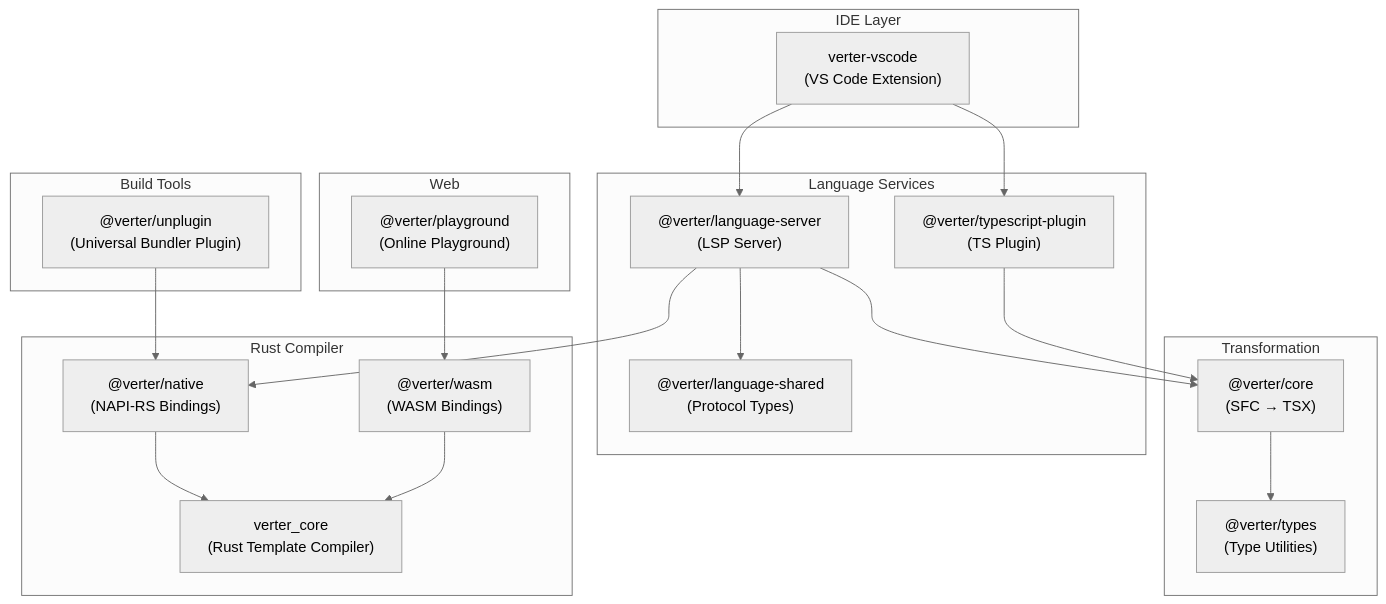
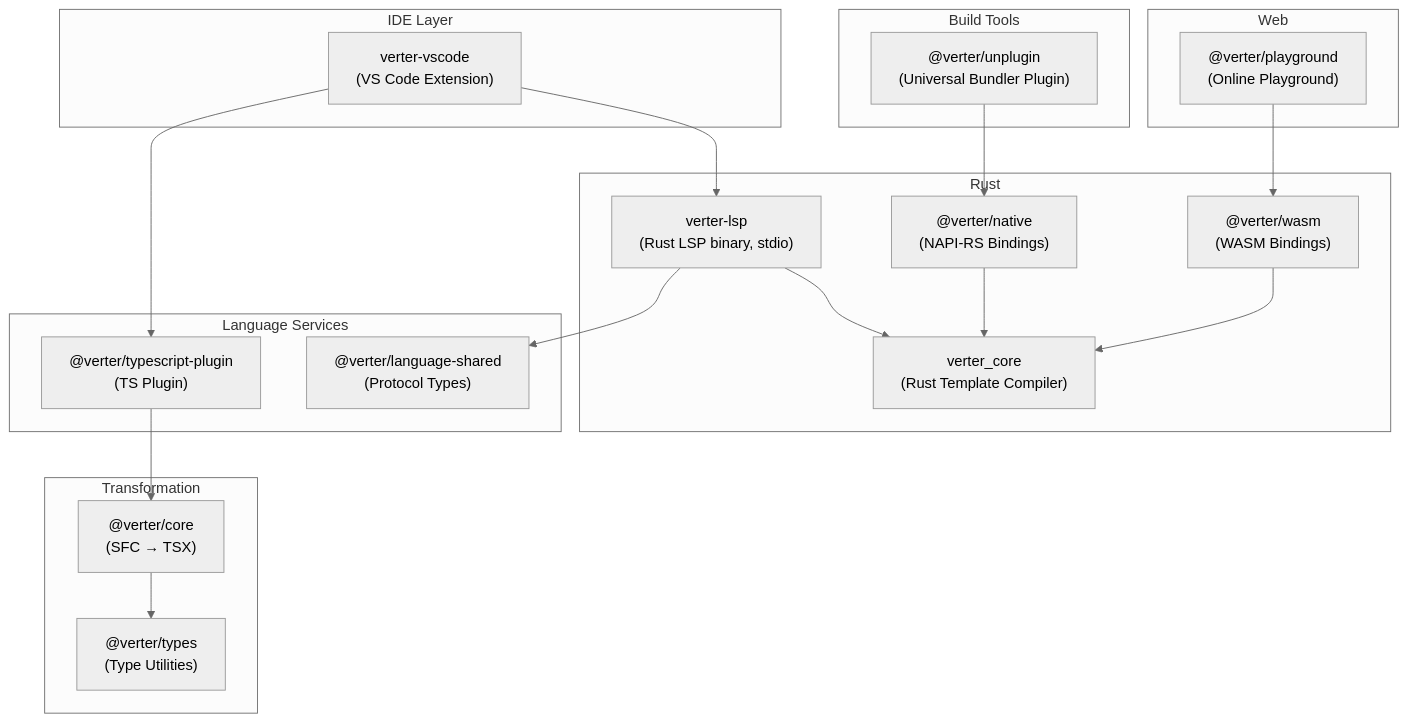
Before and after one commit to pikax/verter: the first of 2 diagrams in readme.md, drawn with Mermaid (neutral theme). The commit also changed other lines of this file and 569 other files, not shown here.

````diff
--- a/readme.md
+++ b/readme.md
@@ -137,43 +137,42 @@
 ```mermaid
 graph TB
     subgraph "IDE Layer"
         VSCode["verter-vscode<br/>(VS Code Extension)"]
     end
 
+    subgraph "Rust"
+        LSP["verter-lsp<br/>(Rust LSP binary, stdio)"]
+        Native["@verter/native<br/>(NAPI-RS Bindings)"]
+        WASM["@verter/wasm<br/>(WASM Bindings)"]
+        RustCore["verter_core<br/>(Rust Template Compiler)"]
+    end
+
     subgraph "Language Services"
-        LSP["@verter/language-server<br/>(LSP Server)"]
         TSPlugin["@verter/typescript-plugin<br/>(TS Plugin)"]
         Shared["@verter/language-shared<br/>(Protocol Types)"]
     end
 
     subgraph "Transformation"
         Core["@verter/core<br/>(SFC → TSX)"]
         Types["@verter/types<br/>(Type Utilities)"]
-    end
-
-    subgraph "Rust Compiler"
-        Native["@verter/native<br/>(NAPI-RS Bindings)"]
-        WASM["@verter/wasm<br/>(WASM Bindings)"]
-        RustCore["verter_core<br/>(Rust Template Compiler)"]
     end
 
     subgraph "Build Tools"
         Unplugin["@verter/unplugin<br/>(Universal Bundler Plugin)"]
     end
 
     subgraph "Web"
         Playground["@verter/playground<br/>(Online Playground)"]
     end
 
     VSCode --> LSP
     VSCode --> TSPlugin
-    LSP --> Core
-    LSP --> Native
+    LSP --> RustCore
     LSP --> Shared
     TSPlugin --> Core
     Core --> Types
     Native --> RustCore
     WASM --> RustCore
     Unplugin --> Native
     Playground --> WASM
 ```
````
